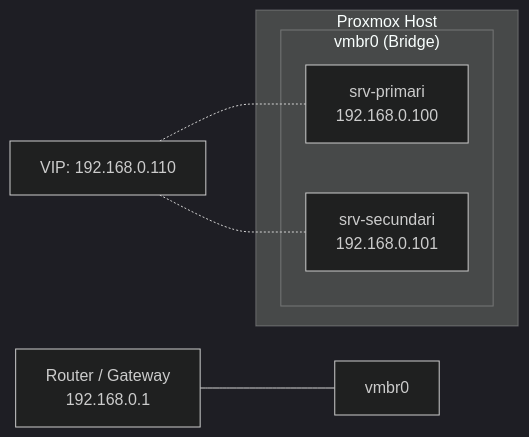
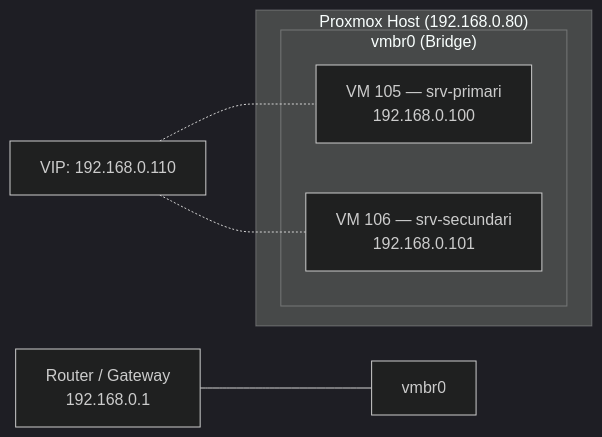
The diagram in docs/laboratori/proxmox.md (jordicerv/projecte_ebresafe), drawn with Mermaid (dark theme) before and after one commit. The commit also changed other lines of this file and 46 other files, not shown here.

````diff
--- a/docs/laboratori/proxmox.md
+++ b/docs/laboratori/proxmox.md
@@ -89,12 +173,12 @@
 ```mermaid
 graph LR
-    subgraph "Proxmox Host"
+    subgraph "Proxmox Host (192.168.0.80)"
         subgraph "vmbr0 (Bridge)"
-            P["srv-primari<br>192.168.0.100"]
-            S["srv-secundari<br>192.168.0.101"]
+            P["VM 105 — srv-primari<br>192.168.0.100"]
+            S["VM 106 — srv-secundari<br>192.168.0.101"]
         end
     end
     R["Router / Gateway<br>192.168.0.1"] --- vmbr0
     VIP["VIP: 192.168.0.110"] -.- P
     VIP -.- S
 ```
````
